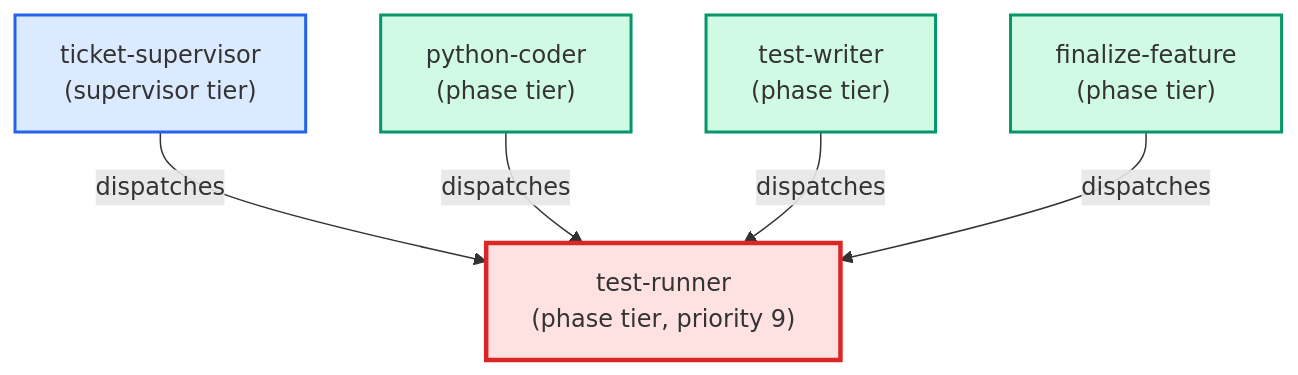
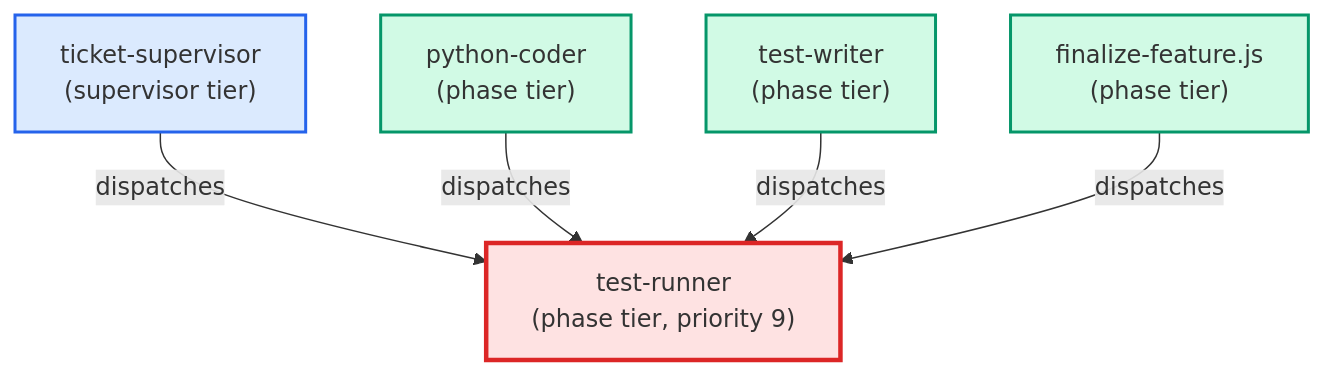
The diagram in docs/agents/cards/test-runner.card.md (urlmonitor/leafcutter-ai), drawn with Mermaid before and after one commit. The commit also changed other lines of this file and 59 other files, not shown here.

````diff
--- a/docs/agents/cards/test-runner.card.md
+++ b/docs/agents/cards/test-runner.card.md
@@ -46,18 +53,18 @@
 ```mermaid
 flowchart TD
     classDef supervisor fill:#dbeafe,stroke:#2563eb,stroke-width:2px
     classDef phase fill:#d1fae5,stroke:#059669,stroke-width:2px
     classDef utility fill:#f3f4f6,stroke:#4b5563,stroke-width:2px
     classDef target fill:#fee2e2,stroke:#dc2626,stroke-width:3px
 
     ticket_supervisor["ticket-supervisor\n(supervisor tier)"]:::supervisor
     python_coder["python-coder\n(phase tier)"]:::phase
     test_writer["test-writer\n(phase tier)"]:::phase
-    finalize_feature["finalize-feature\n(phase tier)"]:::phase
+    finalize_feature.js["finalize-feature.js\n(phase tier)"]:::phase
     test_runner["test-runner\n(phase tier, priority 9)"]:::target
 
     ticket_supervisor -->|dispatches| test_runner
     python_coder -->|dispatches| test_runner
     test_writer -->|dispatches| test_runner
-    finalize_feature -->|dispatches| test_runner
+    finalize_feature.js -->|dispatches| test_runner
 ```
````
